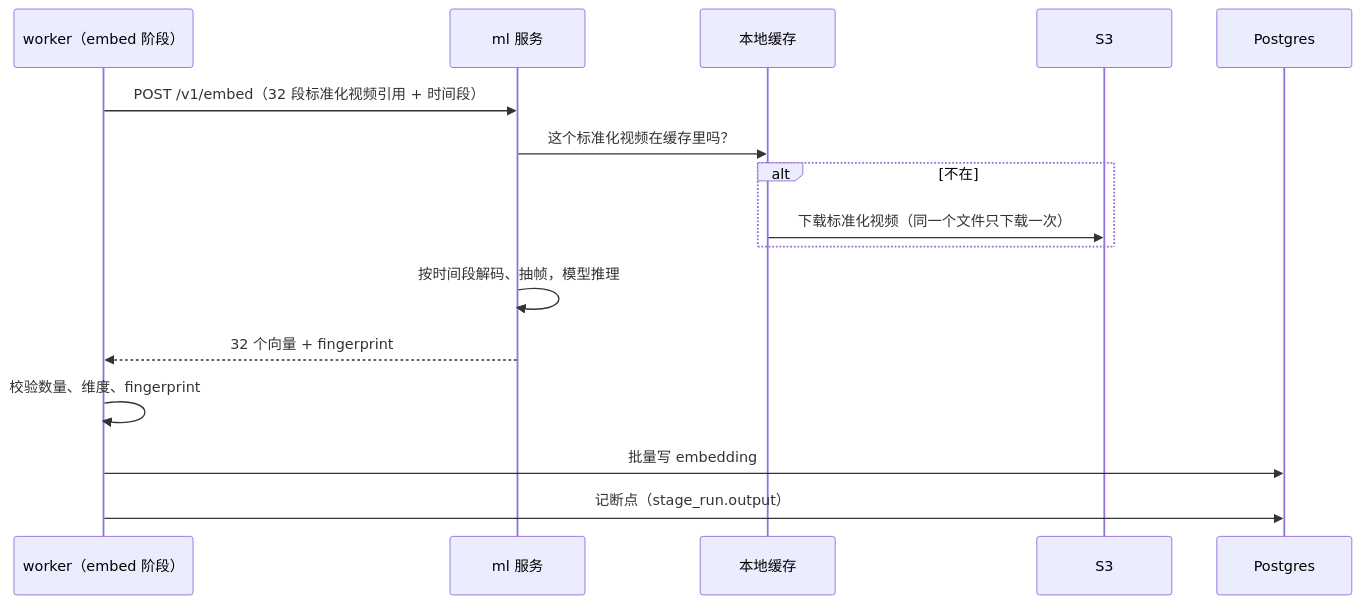
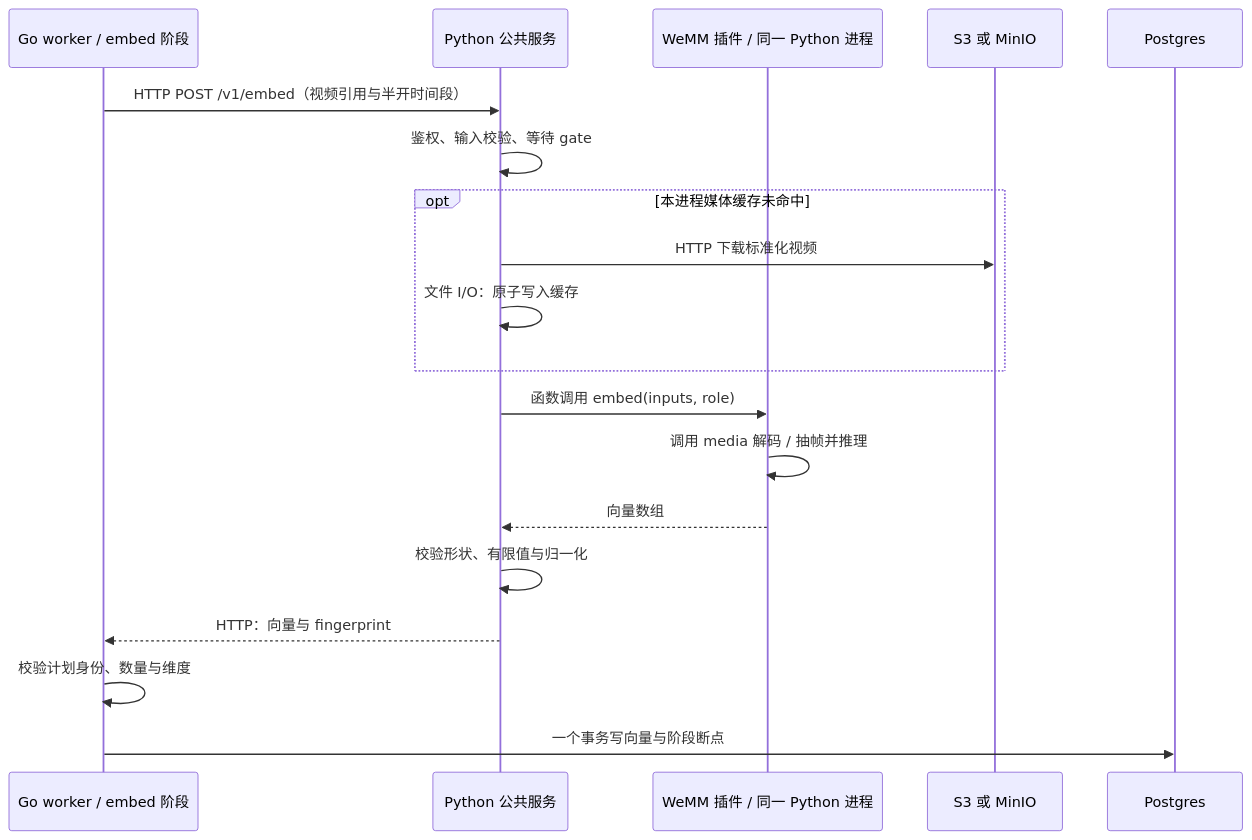
Before and after one commit to realOzine/videohelper: the second of 6 diagrams in docs/spec.md, drawn with Mermaid. The commit also changed other lines of this file, not shown here.

````diff
--- a/docs/spec.md
+++ b/docs/spec.md
@@ -1794,18 +1717,21 @@
 ```mermaid
 sequenceDiagram
-  participant W as worker（embed 阶段）
-  participant P as ml 服务
-  participant C as 本地缓存
-  participant S as S3
+  participant W as Go worker / embed 阶段
+  participant P as Python 公共服务
+  participant A as WeMM 插件 / 同一 Python 进程
+  participant S as S3 或 MinIO
   participant G as Postgres
-  W->>P: POST /v1/embed（32 段标准化视频引用 + 时间段）
-  P->>C: 这个标准化视频在缓存里吗？
-  alt 不在
-    C->>S: 下载标准化视频（同一个文件只下载一次）
+  W->>P: HTTP POST /v1/embed（视频引用与半开时间段）
+  P->>P: 鉴权、输入校验、等待 gate
+  opt 本进程媒体缓存未命中
+    P->>S: HTTP 下载标准化视频
+    P->>P: 文件 I/O：原子写入缓存
   end
-  P->>P: 按时间段解码、抽帧，模型推理
-  P-->>W: 32 个向量 + fingerprint
-  W->>W: 校验数量、维度、fingerprint
-  W->>G: 批量写 embedding
-  W->>G: 记断点（stage_run.output）
+  P->>A: 函数调用 embed(inputs, role)
+  A->>A: 调用 media 解码 / 抽帧并推理
+  A-->>P: 向量数组
+  P->>P: 校验形状、有限值与归一化
+  P-->>W: HTTP：向量与 fingerprint
+  W->>W: 校验计划身份、数量与维度
+  W->>G: 一个事务写向量与阶段断点
 ```
````
